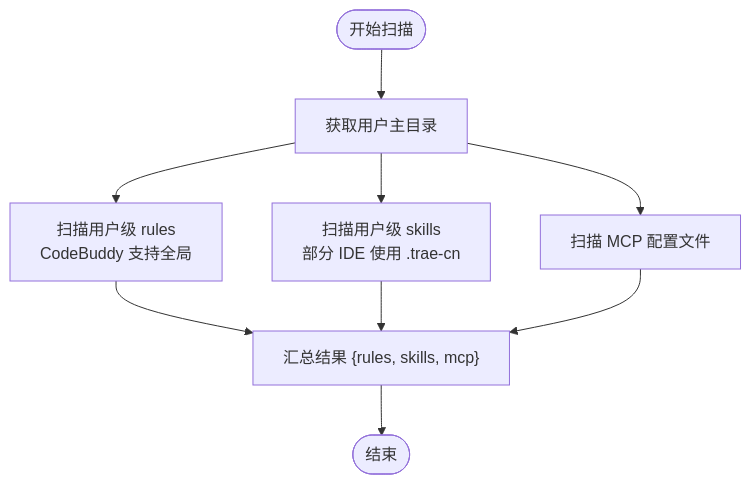
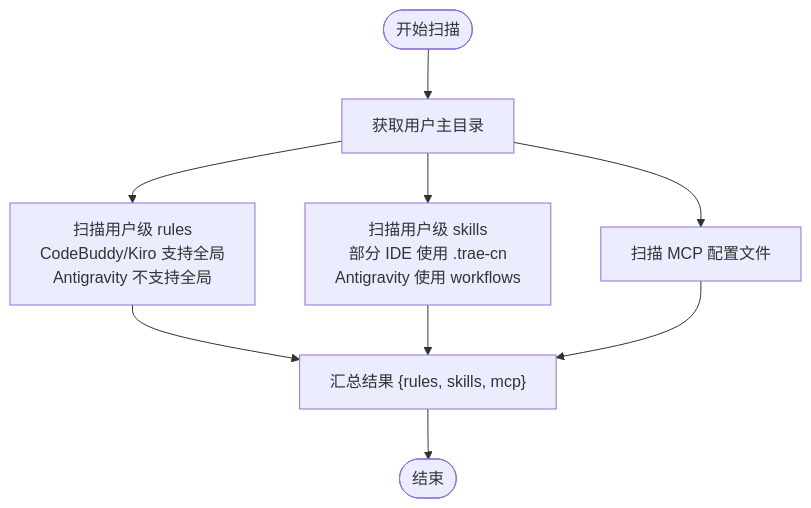
One commit to MapleWan/MSR changed the ninth of 11 diagrams in .qoder/repowiki/zh/content/IDE适配器/具体适配器实现/具体适配器实现.md. Above: the diagram before and after it, drawn with Mermaid. The commit also changed other lines of this file and 5 other files, not shown here.

````diff
--- a/.qoder/repowiki/zh/content/IDE适配器/具体适配器实现/具体适配器实现.md
+++ b/.qoder/repowiki/zh/content/IDE适配器/具体适配器实现/具体适配器实现.md
@@ -310,11 +423,11 @@
 ```mermaid
 flowchart TD
 Start(["开始扫描"]) --> GetHome["获取用户主目录"]
-GetHome --> ScanRules["扫描用户级 rules<br/>CodeBuddy 支持全局"]
-GetHome --> ScanSkills["扫描用户级 skills<br/>部分 IDE 使用 .trae-cn"]
+GetHome --> ScanRules["扫描用户级 rules<br/>CodeBuddy/Kiro 支持全局<br/>Antigravity 不支持全局"]
+GetHome --> ScanSkills["扫描用户级 skills<br/>部分 IDE 使用 .trae-cn<br/>Antigravity 使用 workflows"]
 GetHome --> ScanMCP["扫描 MCP 配置文件"]
 ScanRules --> Merge["汇总结果 {rules, skills, mcp}"]
 ScanSkills --> Merge
 ScanMCP --> Merge
 Merge --> End(["结束"])
 ```
````
